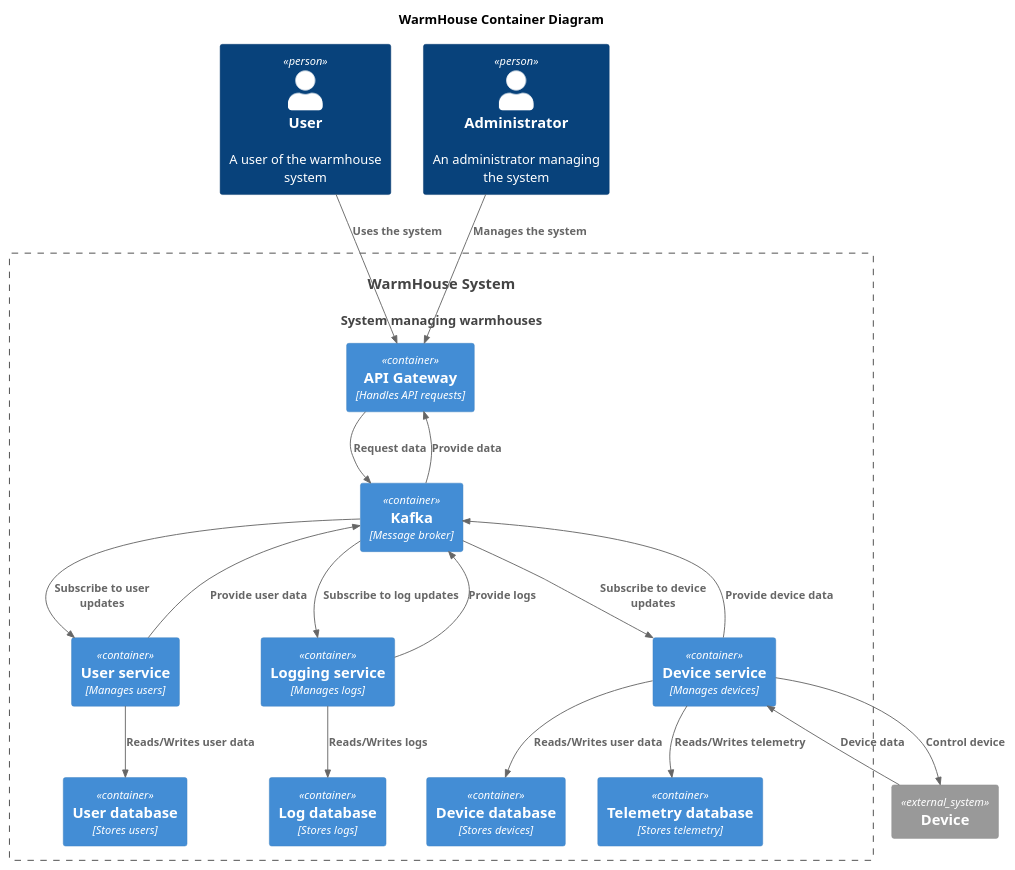
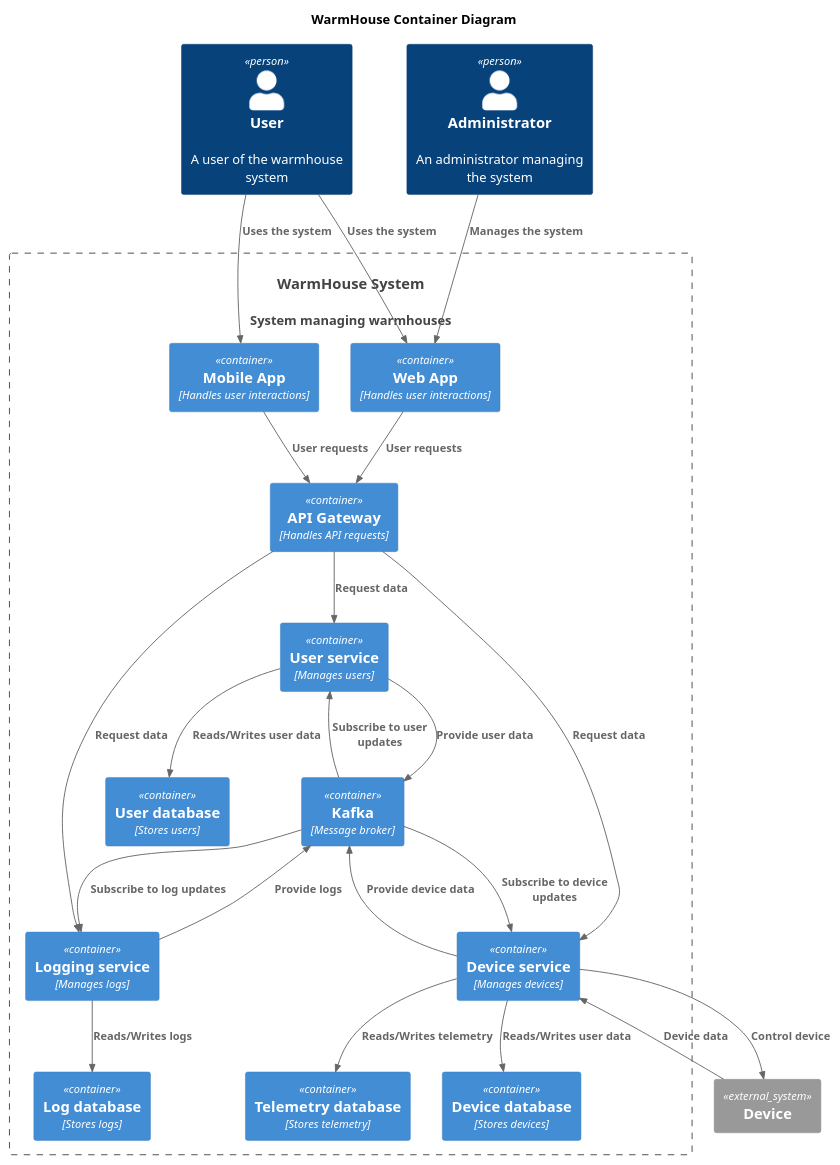
One commit to drivenfw/architecture-sprint-3 changed the diagram in diagrams/Container.puml. Above: the diagram before and after it, drawn with PlantUML. The commit also changed 2 other files, not shown here.

```diff
--- a/diagrams/Container.puml
+++ b/diagrams/Container.puml
@@ -1,42 +1,48 @@
 @startuml
 title WarmHouse Container Diagram
 
 top to bottom direction
 
 !includeurl https://raw.githubusercontent.com/RicardoNiepel/C4-PlantUML/master/C4_Component.puml
 
 Person(user, "User", "A user of the warmhouse system")
 Person(admin, "Administrator", "An administrator managing the system")
 System(WarmHouseSystem, "WarmHouse System", "System managing warmhouses")
 
 Container_Boundary(WarmHouseSystem, "WarmHouse System") {
+  Container(MobileApp, "Mobile App", "Handles user interactions")
+  Container(WebApp, "Web App", "Handles user interactions")
   Container(ApiGateway, "API Gateway", "Handles API requests")
+  Container(UserService, "User service", "Manages users")
+  Container(LoggingService, "Logging service", "Manages logs")
   Container(DeviceService, "Device service", "Manages devices")
   Container(DeviceDB, "Device database", "Stores devices")
   Container(TelemetryDB, "Telemetry database", "Stores telemetry")
-  Container(UserService, "User service", "Manages users")
   Container(UserDB, "User database", "Stores users")
   Container(Kafka, "Kafka", "Message broker")
-  Container(LoggingService, "Logging service", "Manages logs")
   Container(LogDB, "Log database", "Stores logs")
 }
 
 System_Ext(device, "Device")
 
-Rel(user, ApiGateway, "Uses the system")
-Rel(admin, ApiGateway,"Manages the system")
+Rel(user, MobileApp, "Uses the system")
+Rel(user, WebApp, "Uses the system")
+Rel(admin, WebApp,"Manages the system")
+Rel(MobileApp, ApiGateway, "User requests")
+Rel(WebApp, ApiGateway, "User requests")
+Rel(ApiGateway, UserService, "Request data")
+Rel(ApiGateway, LoggingService, "Request data")
+Rel(ApiGateway, DeviceService, "Request data")
 Rel(DeviceService, DeviceDB, "Reads/Writes user data")
 Rel(DeviceService, TelemetryDB, "Reads/Writes telemetry")
 Rel(UserService, UserDB, "Reads/Writes user data")
-Rel(ApiGateway, Kafka, "Request data")
-Rel(Kafka, ApiGateway, "Provide data")
 Rel(Kafka, DeviceService, "Subscribe to device updates")
 Rel(DeviceService, Kafka, "Provide device data")
 Rel(Kafka, UserService, "Subscribe to user updates")
 Rel(UserService, Kafka, "Provide user data")
 Rel(DeviceService, device, "Control device")
 Rel(device, DeviceService, "Device data")
 Rel(Kafka, LoggingService, "Subscribe to log updates")
 Rel(LoggingService, Kafka, "Provide logs")
 Rel(LoggingService, LogDB, "Reads/Writes logs")
 @enduml
```
